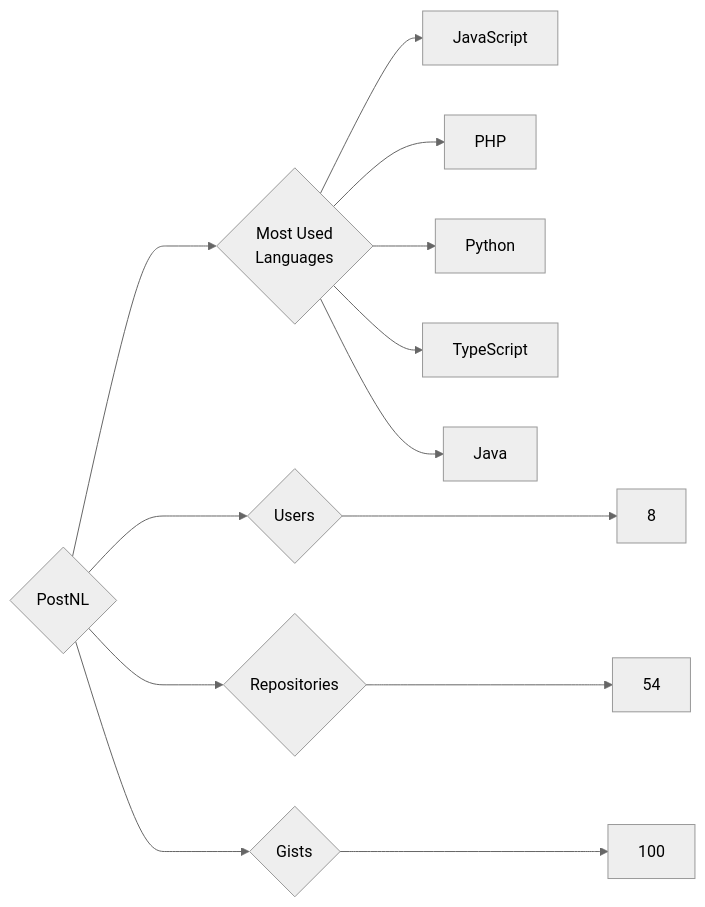
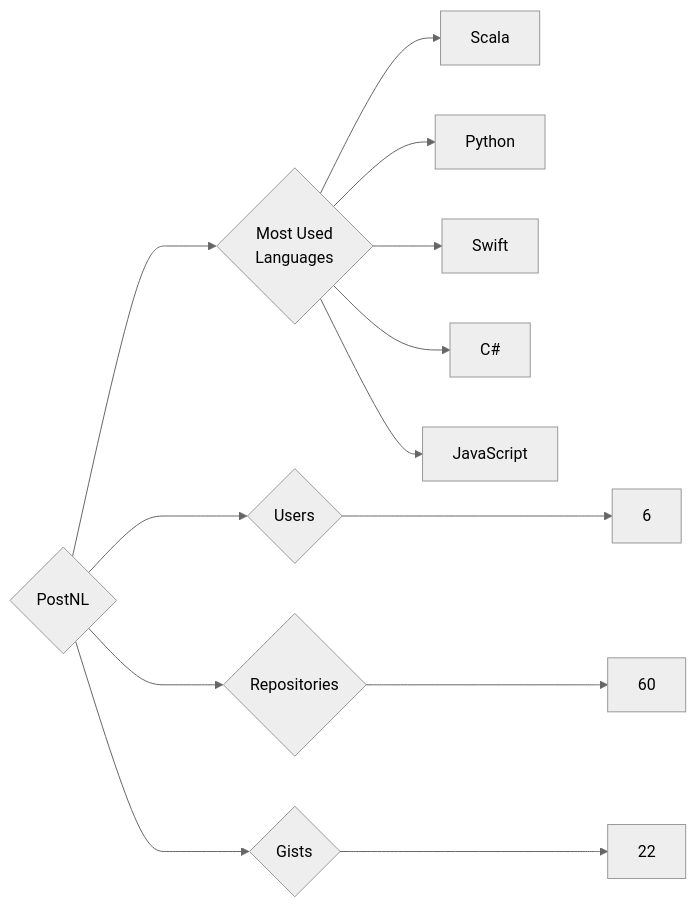
Before and after one commit to trickest/insiders: the diagram in targets/PostNL/README.md, drawn with Mermaid (neutral theme). The commit also changed 1496 other files, not shown here.

````diff
--- a/targets/PostNL/README.md
+++ b/targets/PostNL/README.md
@@ -3,13 +3,13 @@
 ```mermaid
 graph LR
 COMPANY_NAME{PostNL}
-COMPANY_NAME ---> U{Users} ---> UN[8]
-COMPANY_NAME ---> R{Repositories} ---> RN[54]
-COMPANY_NAME ---> G{Gists} ---> GN[100]
+COMPANY_NAME ---> U{Users} ---> UN[6]
+COMPANY_NAME ---> R{Repositories} ---> RN[60]
+COMPANY_NAME ---> G{Gists} ---> GN[22]
 COMPANY_NAME ---> ML{Most Used<br>Languages}
+ML --> Scala[Scala]
+ML --> Python[Python]
+ML --> Swift[Swift]
+ML --> C#[C#]
 ML --> JavaScript[JavaScript]
-ML --> PHP[PHP]
-ML --> Python[Python]
-ML --> TypeScript[TypeScript]
-ML --> Java[Java]
 ```
````
